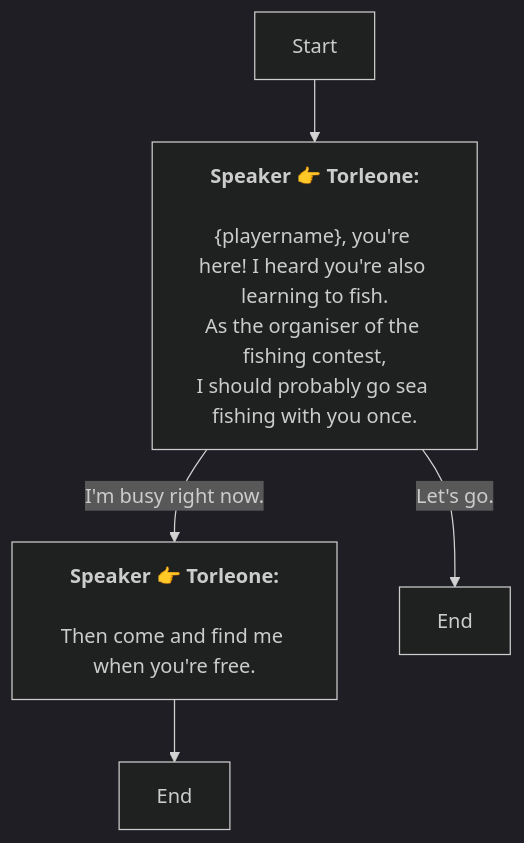
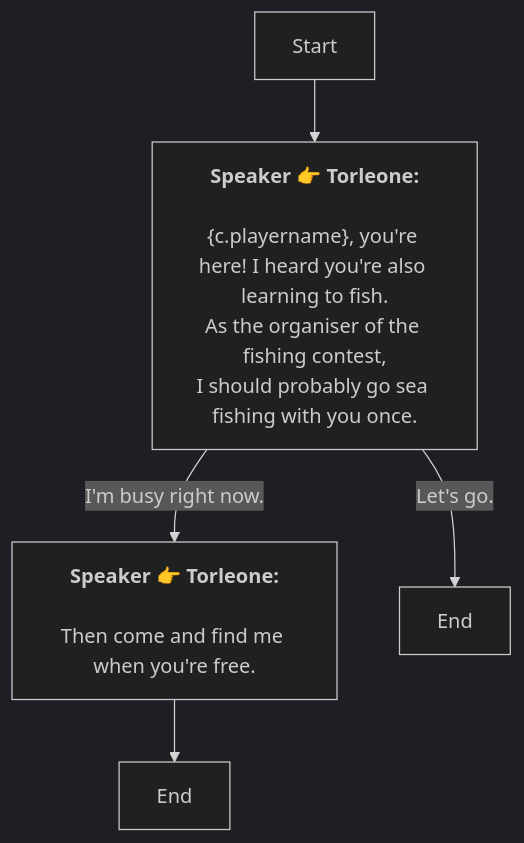
One commit to SoftHu/tos_avg changed the diagram in En/QuestTalkObjectiveNode_1756252308078735.md. Above: the diagram before and after it, drawn with Mermaid (dark theme). The commit also changed 410 other files, not shown here.

````diff
--- a/En/QuestTalkObjectiveNode_1756252308078735.md
+++ b/En/QuestTalkObjectiveNode_1756252308078735.md
@@ -1,11 +1,11 @@
 ```mermaid
 graph
 Start -->1756252624199884[<b>Speaker 👉 Torleone:</b>
-\n&lbrace;playername&rbrace;, you're here! I heard you're also learning to fish.\nAs the organiser of the fishing contest,
+\n&lbrace;c.playername&rbrace;, you're here! I heard you're also learning to fish.\nAs the organiser of the fishing contest,
 I should probably go sea fishing with you once.]
 1756252624199884 -->|I'm busy right now.|1756252674743506[<b>Speaker 👉 Torleone:</b>
 \nThen come and find me when you're free.]
 1756252624199884 -->|Let's go.|1756252702928083[End]
 1756252674743506 -->1756252708831444[End]
 
 ```
````
